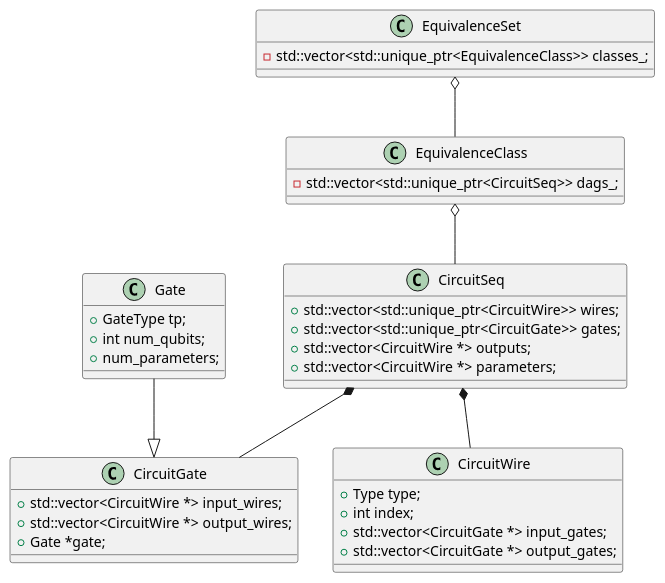
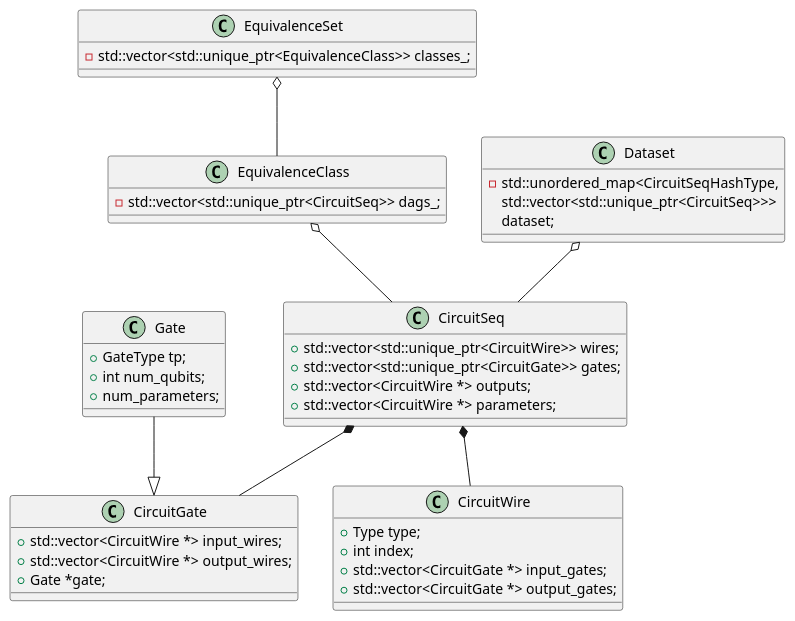
The diagram in class.puml (RosaryXiang/Pattern-Scheduler), drawn with PlantUML before and after one commit. The commit also changed 15 other files, not shown here.

Commit message:
try hash_succeed_info_map

```diff
--- a/class.puml
+++ b/class.puml
@@ -1,49 +1,58 @@
 @startuml Classes in Quartz
 
 class Gate
 {
     + GateType tp;
     + int num_qubits;
     + num_parameters;
 }
 Gate --|> CircuitGate
 class CircuitWire
 {
     + Type type;
     + int index;
     + std::vector<CircuitGate *> input_gates;
     + std::vector<CircuitGate *> output_gates;
 }
 class CircuitGate
 {
     + std::vector<CircuitWire *> input_wires;
     + std::vector<CircuitWire *> output_wires;
     + Gate *gate;
 }
 
 class CircuitSeq
 {
     + std::vector<std::unique_ptr<CircuitWire>> wires;
     + std::vector<std::unique_ptr<CircuitGate>> gates;
     + std::vector<CircuitWire *> outputs;
     + std::vector<CircuitWire *> parameters;
 }
 
 CircuitSeq *-- CircuitGate
 CircuitSeq *-- CircuitWire
 
 class EquivalenceClass
 {
     - std::vector<std::unique_ptr<CircuitSeq>> dags_;
 }
 
 EquivalenceClass o-- CircuitSeq
 
 class EquivalenceSet
 {
     - std::vector<std::unique_ptr<EquivalenceClass>> classes_;
 }
 
 EquivalenceSet o-- EquivalenceClass
 
+class Dataset
+{
+    - std::unordered_map<CircuitSeqHashType,
+                     std::vector<std::unique_ptr<CircuitSeq>>>
+      dataset;
+}
+
+Dataset o-- CircuitSeq
+
 @enduml
```
